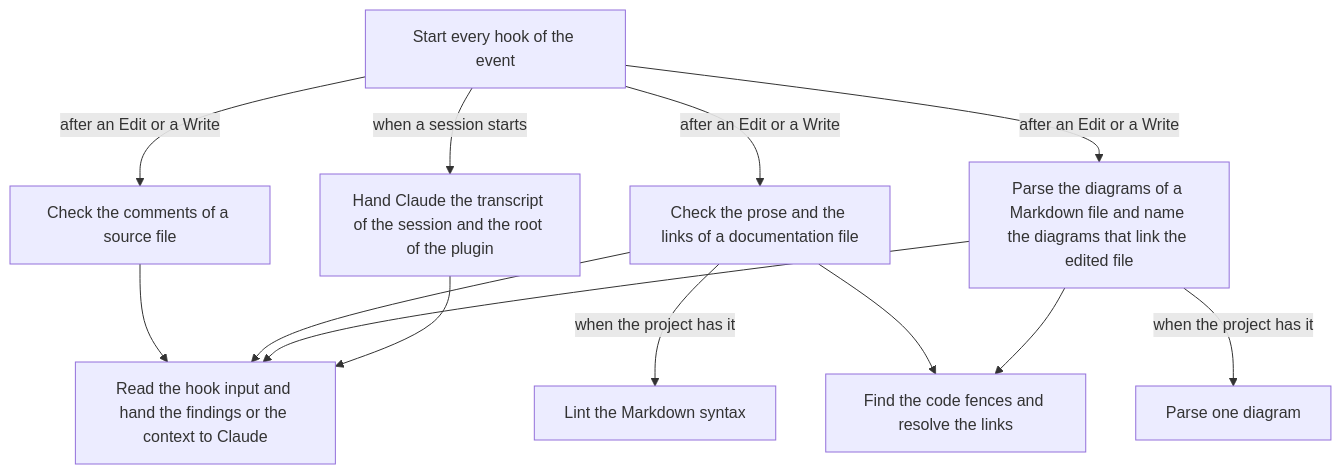
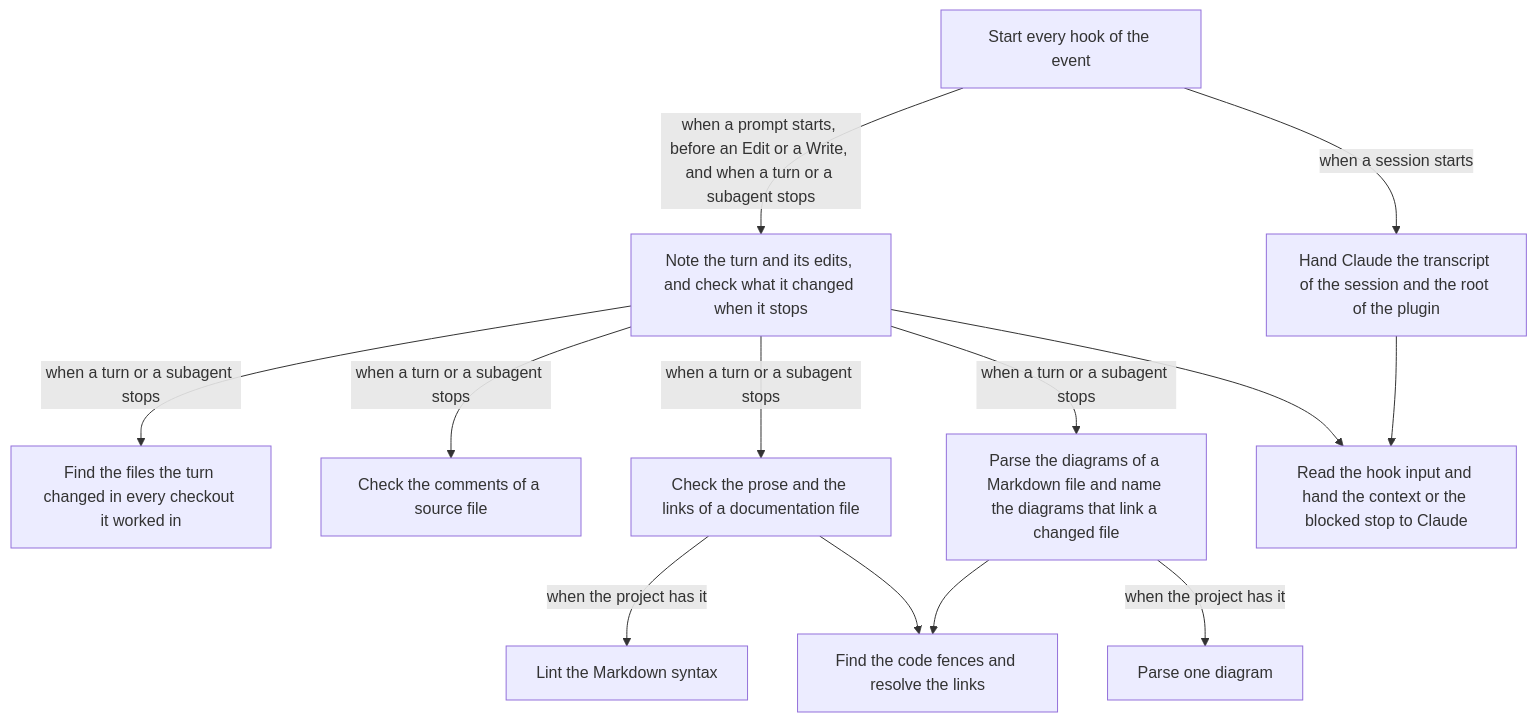
The diagram in hooks/README.md (renefatuaki/skills), drawn with Mermaid before and after one commit. The commit also changed other lines of this file and 12 other files, not shown here.

First line of the commit message:
feat(hooks): check the files of a turn when it stops instead of after each edit

````diff
--- a/hooks/README.md
+++ b/hooks/README.md
@@ -5,17 +5,17 @@
 ```mermaid
 flowchart TD
-  accTitle: What happens when a session starts and after Claude edits a file?
+  accTitle: What happens when a session starts and while a turn runs?
   hooksJson["Start every hook of the event"]
   hooksJson -->|"when a session starts"| sessionContext["Hand Claude the transcript of the session and the root of the plugin"]
-  hooksJson -->|"after an Edit or a Write"| checkComments["Check the comments of a source file"]
-  hooksJson -->|"after an Edit or a Write"| checkDocs["Check the prose and the links of a documentation file"]
-  hooksJson -->|"after an Edit or a Write"| checkDiagrams["Parse the diagrams of a Markdown file and name the diagrams that link the edited file"]
-  checkDocs -->|"when the project has it"| markdownlint["Lint the Markdown syntax"]
-  checkDiagrams -->|"when the project has it"| mermaid["Parse one diagram"]
-  checkDocs --> markdown["Find the code fences and resolve the links"]
-  checkDiagrams --> markdown
-  checkComments --> hook["Read the hook input and hand the findings or the context to Claude"]
-  checkDocs --> hook
-  checkDiagrams --> hook
+  hooksJson -->|"when a prompt starts, before an Edit or a Write, and when a turn or a subagent stops"| checkTurn["Note the turn and its edits, and check what it changed when it stops"]
+  checkTurn -->|"when a turn or a subagent stops"| changes["Find the files the turn changed in every checkout it worked in"]
+  checkTurn -->|"when a turn or a subagent stops"| comments["Check the comments of a source file"]
+  checkTurn -->|"when a turn or a subagent stops"| docs["Check the prose and the links of a documentation file"]
+  checkTurn -->|"when a turn or a subagent stops"| diagrams["Parse the diagrams of a Markdown file and name the diagrams that link a changed file"]
+  docs -->|"when the project has it"| markdownlint["Lint the Markdown syntax"]
+  diagrams -->|"when the project has it"| mermaid["Parse one diagram"]
+  docs --> markdown["Find the code fences and resolve the links"]
+  diagrams --> markdown
+  checkTurn --> hook["Read the hook input and hand the context or the blocked stop to Claude"]
   sessionContext --> hook
 ```
````
